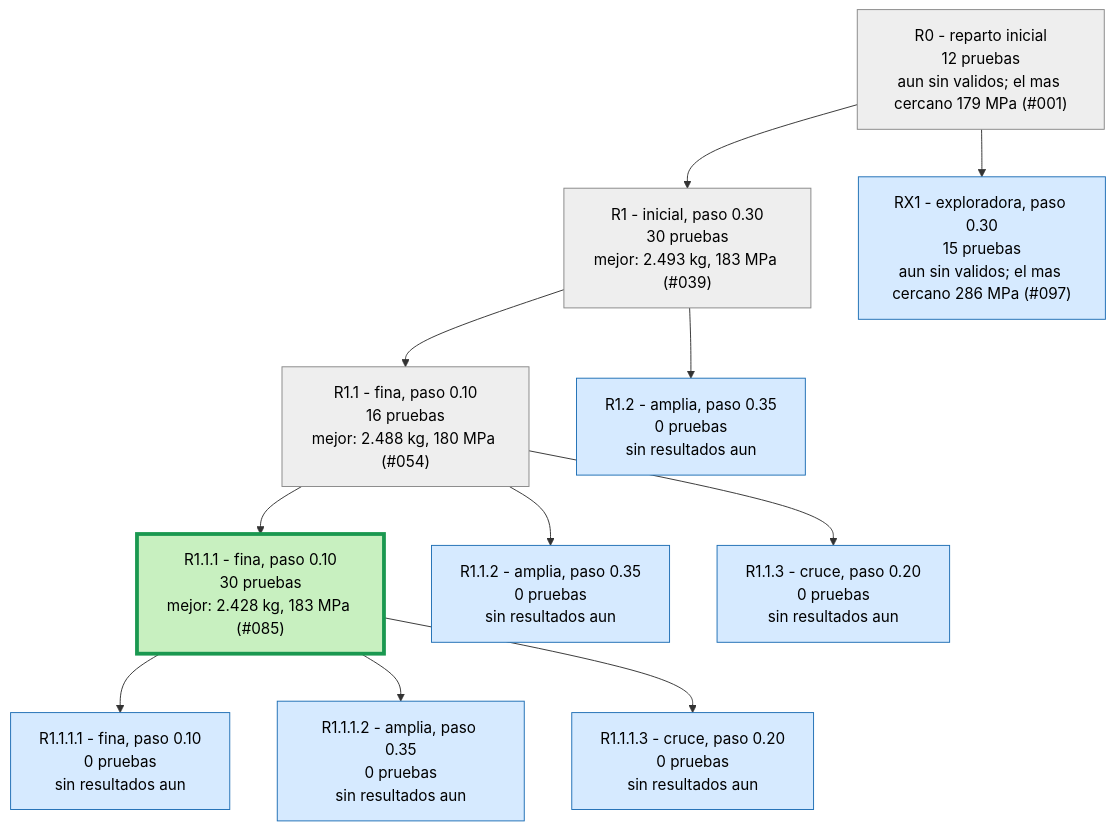
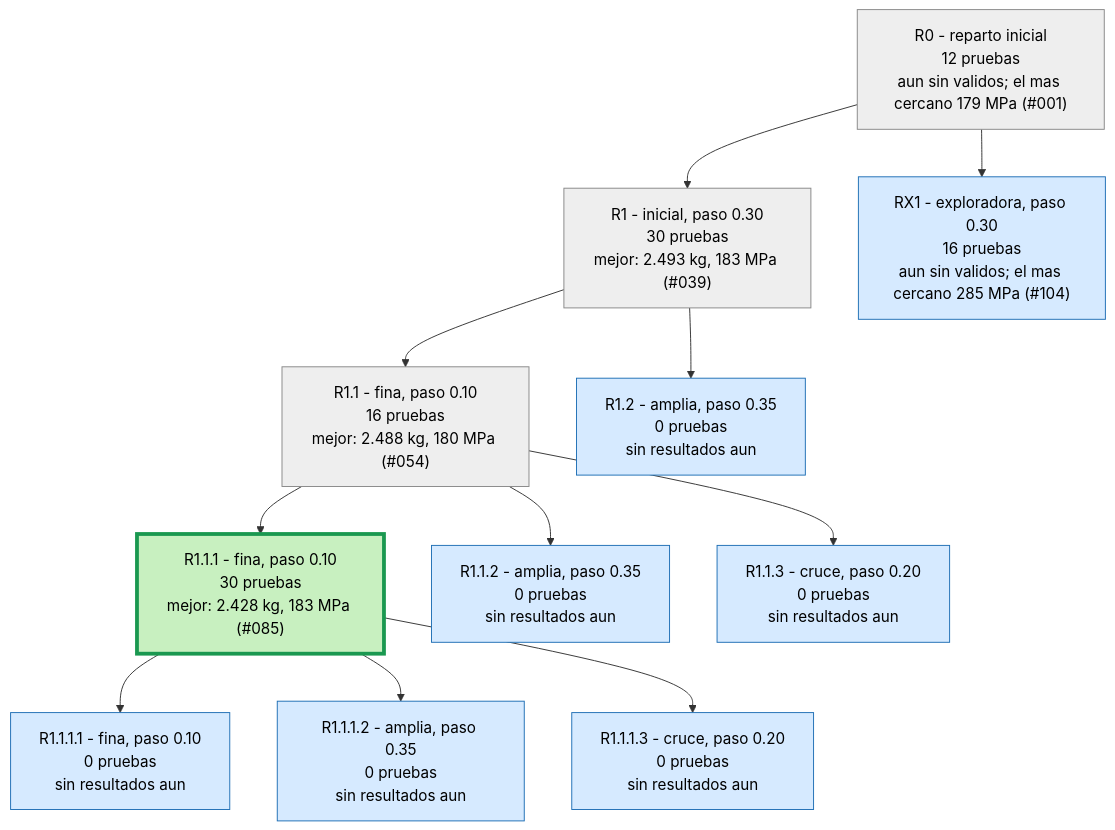
One commit to Hugiko/msd-soporte-optimizacion changed the second of 3 diagrams in runs/opt_37800N/ARBOL.md. Above: the diagram before and after it, drawn with Mermaid. The commit also changed 21 other files, not shown here.

````diff
--- a/runs/opt_37800N/ARBOL.md
+++ b/runs/opt_37800N/ARBOL.md
@@ -25,27 +25,27 @@
 ```mermaid
 graph TD
 classDef activa fill:#d6eaff,stroke:#1f6fb5,color:#000
 classDef fin fill:#eeeeee,stroke:#888,color:#000
 classDef mejor fill:#c8f0c0,stroke:#1a9850,stroke-width:4px,color:#000
 R0["R0 - reparto inicial<br/>12 pruebas<br/>aun sin validos; el mas cercano 179 MPa (#001)"]:::fin
 R1["R1 - inicial, paso 0.30<br/>30 pruebas<br/>mejor: 2.493 kg, 183 MPa (#039)"]:::fin
 R0 --> R1
 R1_1["R1.1 - fina, paso 0.10<br/>16 pruebas<br/>mejor: 2.488 kg, 180 MPa (#054)"]:::fin
 R1 --> R1_1
 R1_2["R1.2 - amplia, paso 0.35<br/>0 pruebas<br/>sin resultados aun"]:::activa
 R1 --> R1_2
 R1_1_1["R1.1.1 - fina, paso 0.10<br/>30 pruebas<br/>mejor: 2.428 kg, 183 MPa (#085)"]:::mejor
 R1_1 --> R1_1_1
 R1_1_2["R1.1.2 - amplia, paso 0.35<br/>0 pruebas<br/>sin resultados aun"]:::activa
 R1_1 --> R1_1_2
 R1_1_3["R1.1.3 - cruce, paso 0.20<br/>0 pruebas<br/>sin resultados aun"]:::activa
 R1_1 --> R1_1_3
 R1_1_1_1["R1.1.1.1 - fina, paso 0.10<br/>0 pruebas<br/>sin resultados aun"]:::activa
 R1_1_1 --> R1_1_1_1
 R1_1_1_2["R1.1.1.2 - amplia, paso 0.35<br/>0 pruebas<br/>sin resultados aun"]:::activa
 R1_1_1 --> R1_1_1_2
 R1_1_1_3["R1.1.1.3 - cruce, paso 0.20<br/>0 pruebas<br/>sin resultados aun"]:::activa
 R1_1_1 --> R1_1_1_3
-RX1["RX1 - exploradora, paso 0.30<br/>15 pruebas<br/>aun sin validos; el mas cercano 286 MPa (#097)"]:::activa
+RX1["RX1 - exploradora, paso 0.30<br/>16 pruebas<br/>aun sin validos; el mas cercano 285 MPa (#104)"]:::activa
 R0 --> RX1
 ```
````
